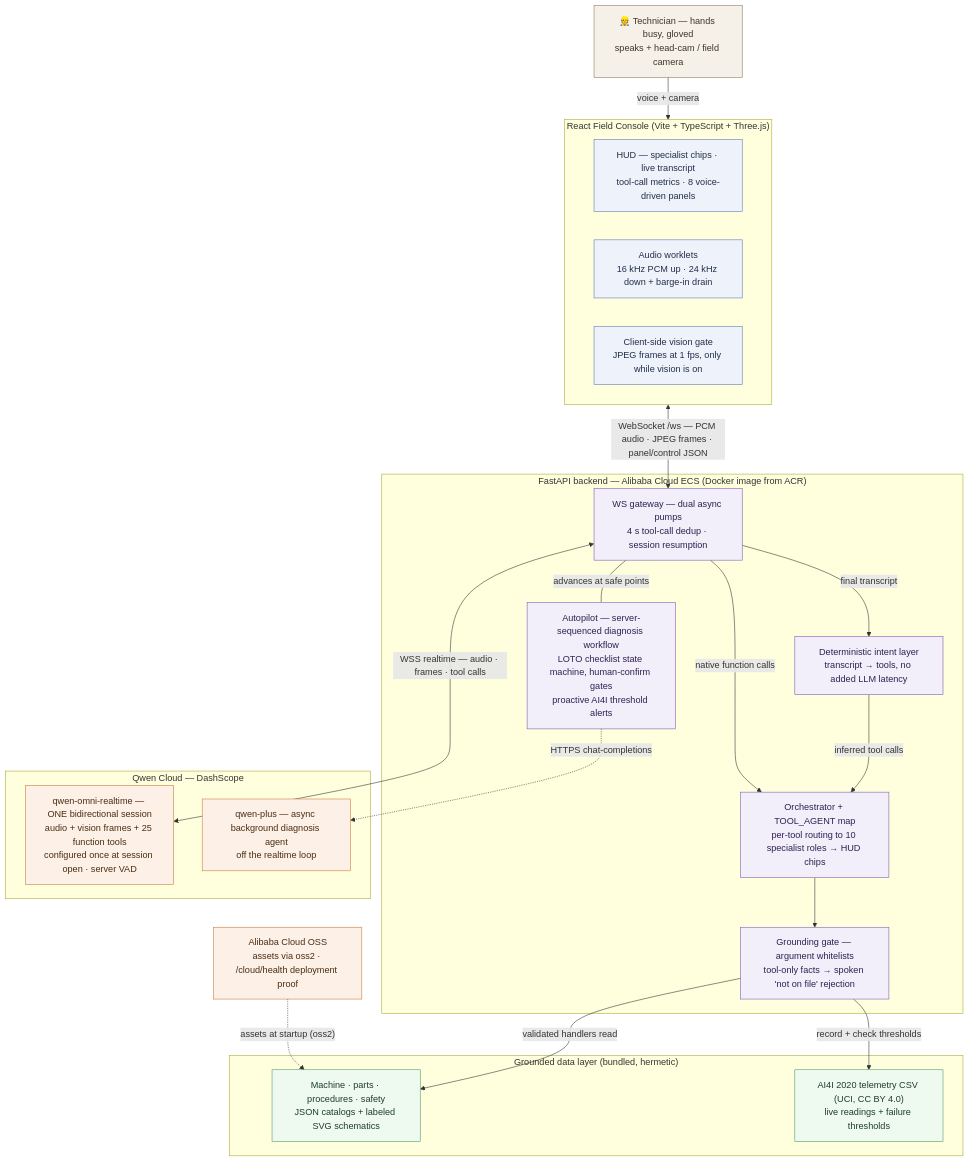
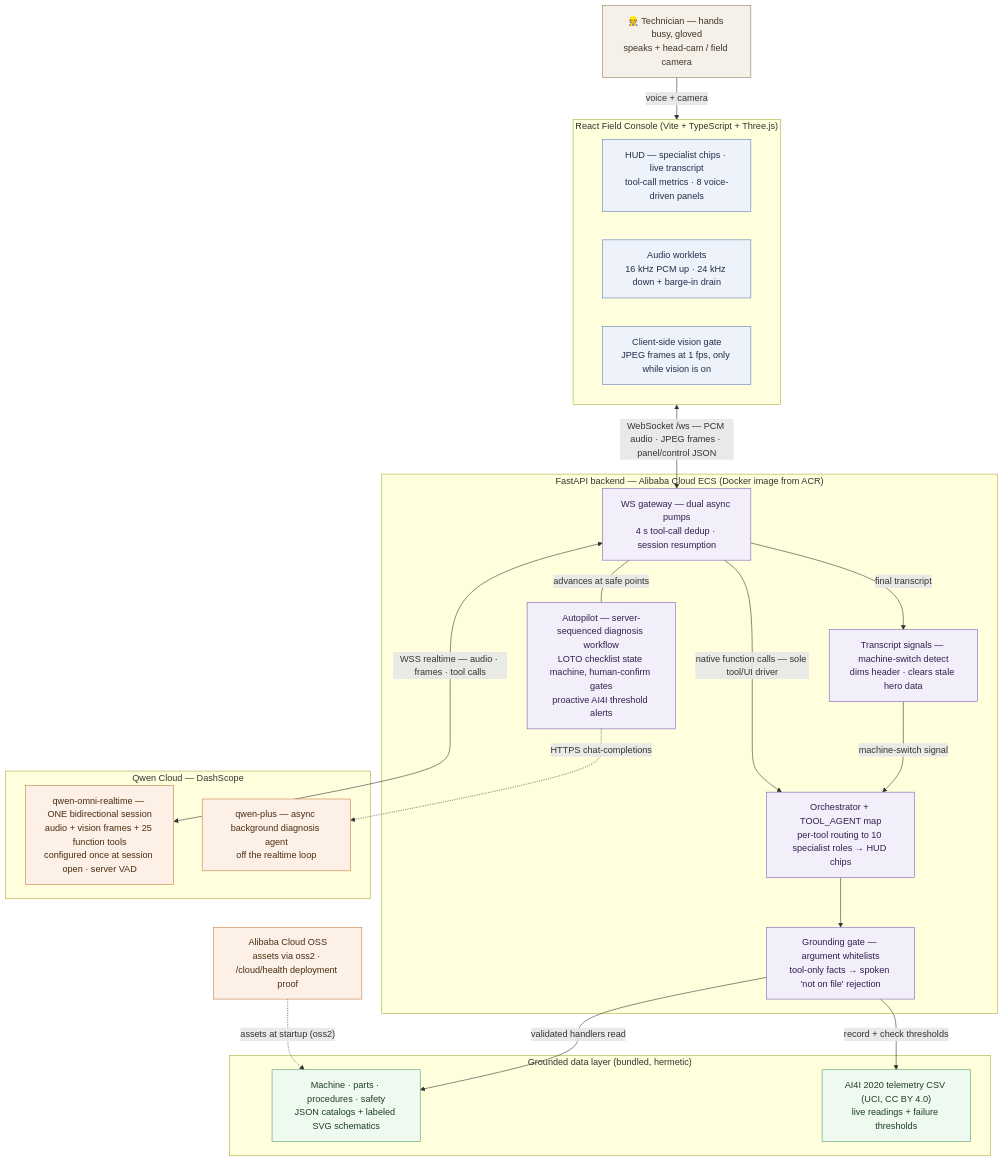
Before and after one commit to kaushikchaturvedula/FORGE: the diagram in docs/architecture.md, drawn with Mermaid. The commit also changed other lines of this file and 2 other files, not shown here.

First line of the commit message:
docs: native-first story — retire the "deterministic intent layer" narrative

````diff
--- a/docs/architecture.md
+++ b/docs/architecture.md
@@ -17,49 +17,49 @@
 ```mermaid
 flowchart TB
   classDef human fill:#f5f0e8,stroke:#8a7a5c,color:#3d3529
   classDef front fill:#eef2fa,stroke:#5b7bb4,color:#22304a
   classDef back fill:#f2eefa,stroke:#7c5bb4,color:#2f2250
   classDef store fill:#eefaf0,stroke:#4f9c63,color:#1f3d27
   classDef cloud fill:#fdf0e7,stroke:#c97b3d,color:#4a2d12
 
   TECH["👷 Technician — hands busy, gloved<br/>speaks + head-cam / field camera"]:::human
 
   subgraph CONSOLE["React Field Console (Vite + TypeScript + Three.js)"]
     HUD["HUD — specialist chips · live transcript<br/>tool-call metrics · 8 voice-driven panels"]:::front
     AUDIO["Audio worklets<br/>16 kHz PCM up · 24 kHz down + barge-in drain"]:::front
     VGATE["Client-side vision gate<br/>JPEG frames at 1 fps, only while vision is on"]:::front
   end
 
   subgraph BACKEND["FastAPI backend — Alibaba Cloud ECS (Docker image from ACR)"]
     GW["WS gateway — dual async pumps<br/>4 s tool-call dedup · session resumption"]:::back
-    INTENT["Deterministic intent layer<br/>transcript → tools, no added LLM latency"]:::back
+    INTENT["Transcript signals — machine-switch detect<br/>dims header · clears stale hero data"]:::back
     ORCH["Orchestrator + TOOL_AGENT map<br/>per-tool routing to 10 specialist roles → HUD chips"]:::back
     GROUND["Grounding gate — argument whitelists<br/>tool-only facts → spoken 'not on file' rejection"]:::back
     AUTO["Autopilot — server-sequenced diagnosis workflow<br/>LOTO checklist state machine, human-confirm gates<br/>proactive AI4I threshold alerts"]:::back
   end
 
   subgraph DATALAYER["Grounded data layer (bundled, hermetic)"]
     CAT["Machine · parts · procedures · safety<br/>JSON catalogs + labeled SVG schematics"]:::store
     AI4I["AI4I 2020 telemetry CSV (UCI, CC BY 4.0)<br/>live readings + failure thresholds"]:::store
   end
 
   subgraph QWEN["Qwen Cloud — DashScope"]
     RT["qwen-omni-realtime — ONE bidirectional session<br/>audio + vision frames + 25 function tools<br/>configured once at session open · server VAD"]:::cloud
     QP["qwen-plus — async background diagnosis agent<br/>off the realtime loop"]:::cloud
   end
 
   OSS["Alibaba Cloud OSS<br/>assets via oss2 · /cloud/health deployment proof"]:::cloud
 
   TECH -->|"voice + camera"| CONSOLE
   CONSOLE <-->|"WebSocket /ws — PCM audio · JPEG frames · panel/control JSON"| GW
   GW -->|"final transcript"| INTENT
-  INTENT -->|"inferred tool calls"| ORCH
-  GW -->|"native function calls"| ORCH
+  INTENT -->|"machine-switch signal"| ORCH
+  GW -->|"native function calls — sole tool/UI driver"| ORCH
   GW ---|"advances at safe points"| AUTO
   ORCH --> GROUND
   GROUND -->|"validated handlers read"| CAT
   GROUND -->|"record + check thresholds"| AI4I
   GW <-->|"WSS realtime — audio · frames · tool calls"| RT
   AUTO -.->|"HTTPS chat-completions"| QP
   OSS -.->|"assets at startup (oss2)"| CAT
 ```
````
